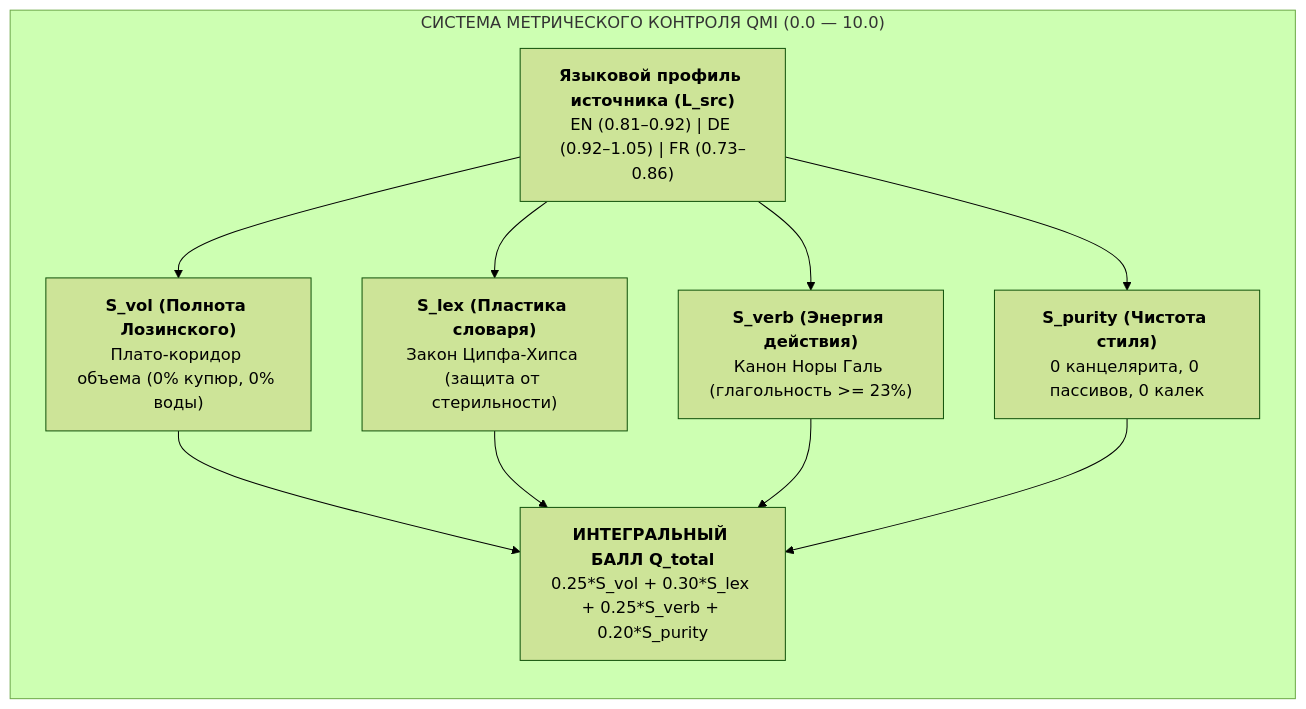
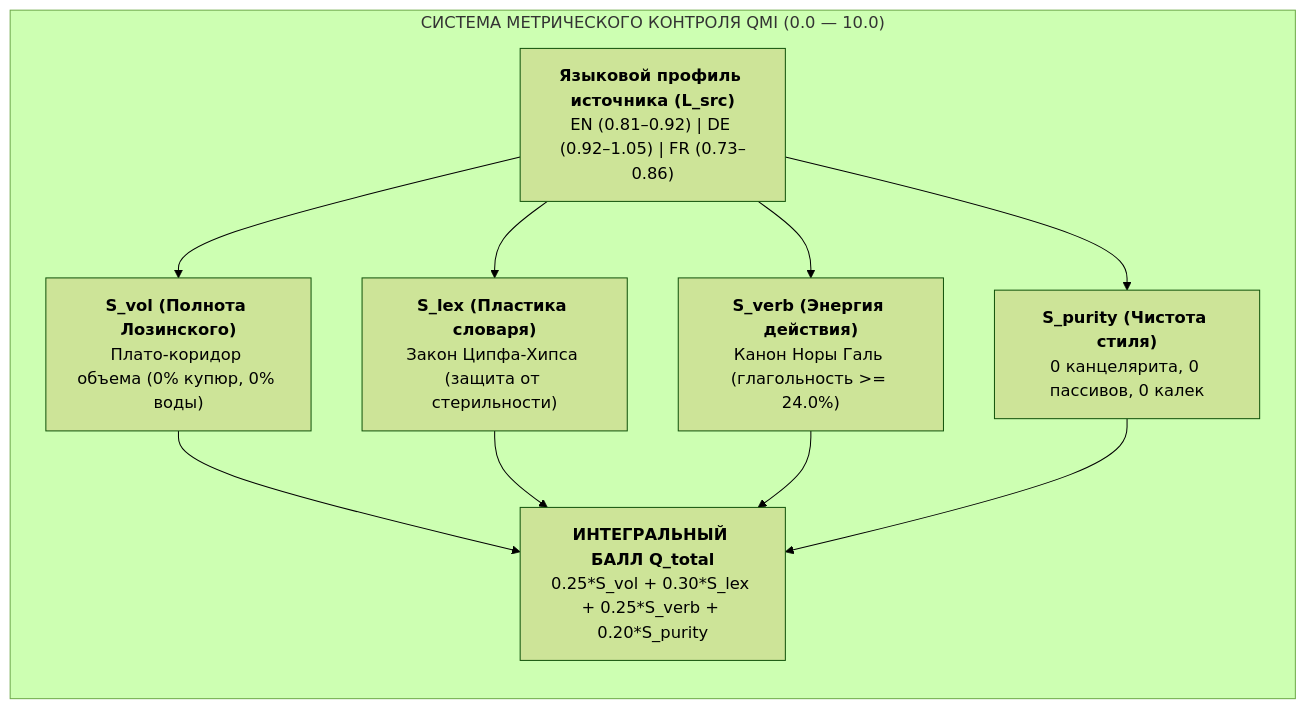
One commit to lnp/classic-russian-translation changed the fifth of 6 diagrams in AGENTS.md. Above: the diagram before and after it, drawn with Mermaid (forest theme). The commit also changed other lines of this file and 1 other file, not shown here.

Commit message:
fix: exhaustive canon audit, remove lingering Ellison/Norton artifacts, align QMI formulas and pipeline diagram

````diff
--- a/AGENTS.md
+++ b/AGENTS.md
@@ -230,14 +235,14 @@
 ```mermaid
 flowchart TD
     subgraph QMI_SYSTEM ["СИСТЕМА МЕТРИЧЕСКОГО КОНТРОЛЯ QMI (0.0 — 10.0)"]
         direction TB
         LANG["<b>Языковой профиль источника (L_src)</b><br/>EN (0.81–0.92) | DE (0.92–1.05) | FR (0.73–0.86)"]
         
         LANG --> S1["<b>S_vol (Полнота Лозинского)</b><br/>Плато-коридор объема (0% купюр, 0% воды)"]
         LANG --> S2["<b>S_lex (Пластика словаря)</b><br/>Закон Ципфа-Хипса (защита от стерильности)"]
-        LANG --> S3["<b>S_verb (Энергия действия)</b><br/>Канон Норы Галь (глагольность >= 23%)"]
+        LANG --> S3["<b>S_verb (Энергия действия)</b><br/>Канон Норы Галь (глагольность >= 24.0%)"]
         LANG --> S4["<b>S_purity (Чистота стиля)</b><br/>0 канцелярита, 0 пассивов, 0 калек"]
         
         S1 & S2 & S3 & S4 --> TOTAL["<b>ИНТЕГРАЛЬНЫЙ БАЛЛ Q_total</b><br/>0.25*S_vol + 0.30*S_lex + 0.25*S_verb + 0.20*S_purity"]
     end
 ```
````
